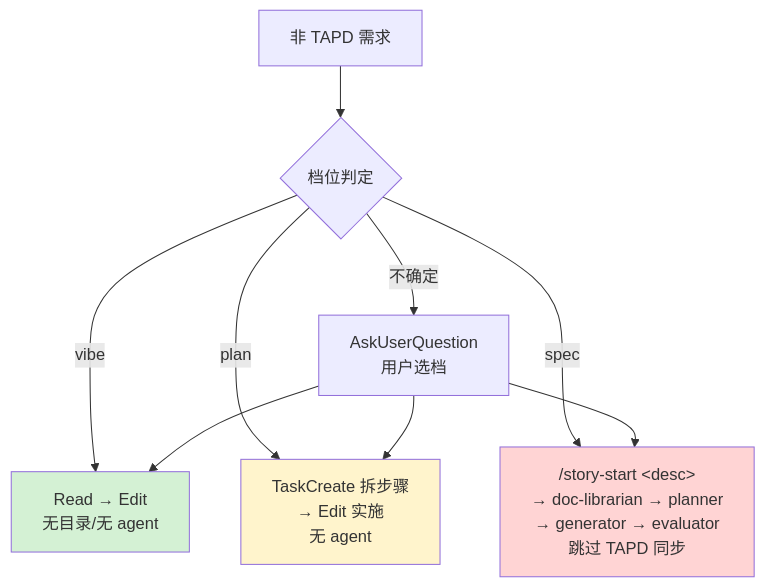
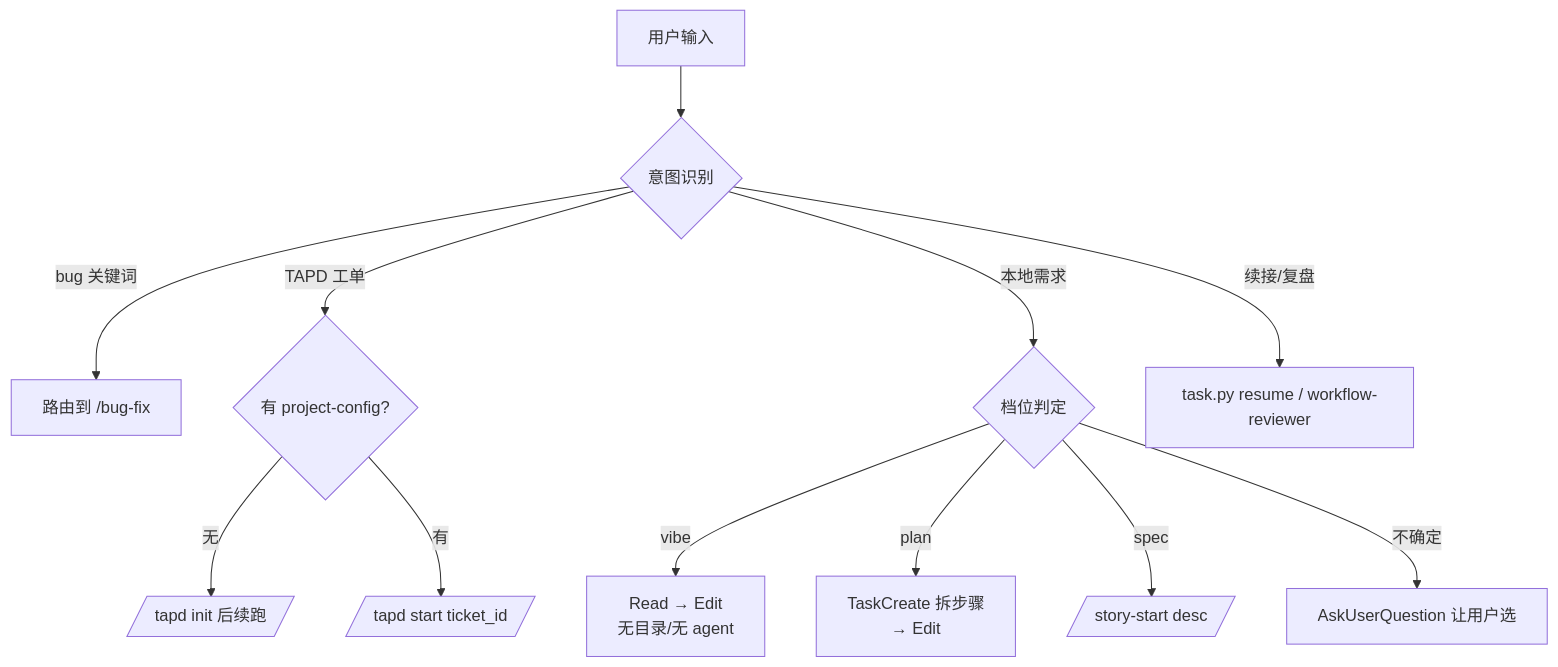
The diagram in .claude/commands/start-dev-flow.md (dd-xiaozhi/dev-agent-flow), drawn with Mermaid before and after one commit. The commit also changed other lines of this file and 43 other files, not shown here.

````diff
--- a/.claude/commands/start-dev-flow.md
+++ b/.claude/commands/start-dev-flow.md
@@ -120,15 +47,14 @@
 ```mermaid
 flowchart TD
-    A[非 TAPD 需求] --> B{档位判定}
-    B -->|vibe| C[Read → Edit<br/>无目录/无 agent]
-    B -->|plan| D[TaskCreate 拆步骤<br/>→ Edit 实施<br/>无 agent]
-    B -->|spec| E["/story-start &lt;desc&gt;<br/>→ doc-librarian → planner<br/>→ generator → evaluator<br/>跳过 TAPD 同步"]
-    B -->|不确定| F[AskUserQuestion<br/>用户选档]
-    F --> C
-    F --> D
-    F --> E
-
-    style C fill:#d4f1d4
-    style D fill:#fff4cc
-    style E fill:#ffd4d4
+    A[用户输入] --> B{意图识别}
+    B -->|bug 关键词| C[路由到 /bug-fix]
+    B -->|TAPD 工单| D{有 project-config?}
+    B -->|本地需求| E{档位判定}
+    B -->|续接/复盘| F[task.py resume / workflow-reviewer]
+    D -->|无| G[/tapd init 后续跑/]
+    D -->|有| H[/tapd start ticket_id/]
+    E -->|vibe| I[Read → Edit<br/>无目录/无 agent]
+    E -->|plan| J[TaskCreate 拆步骤<br/>→ Edit]
+    E -->|spec| K[/story-start desc/]
+    E -->|不确定| L[AskUserQuestion 让用户选]
 ```
````
